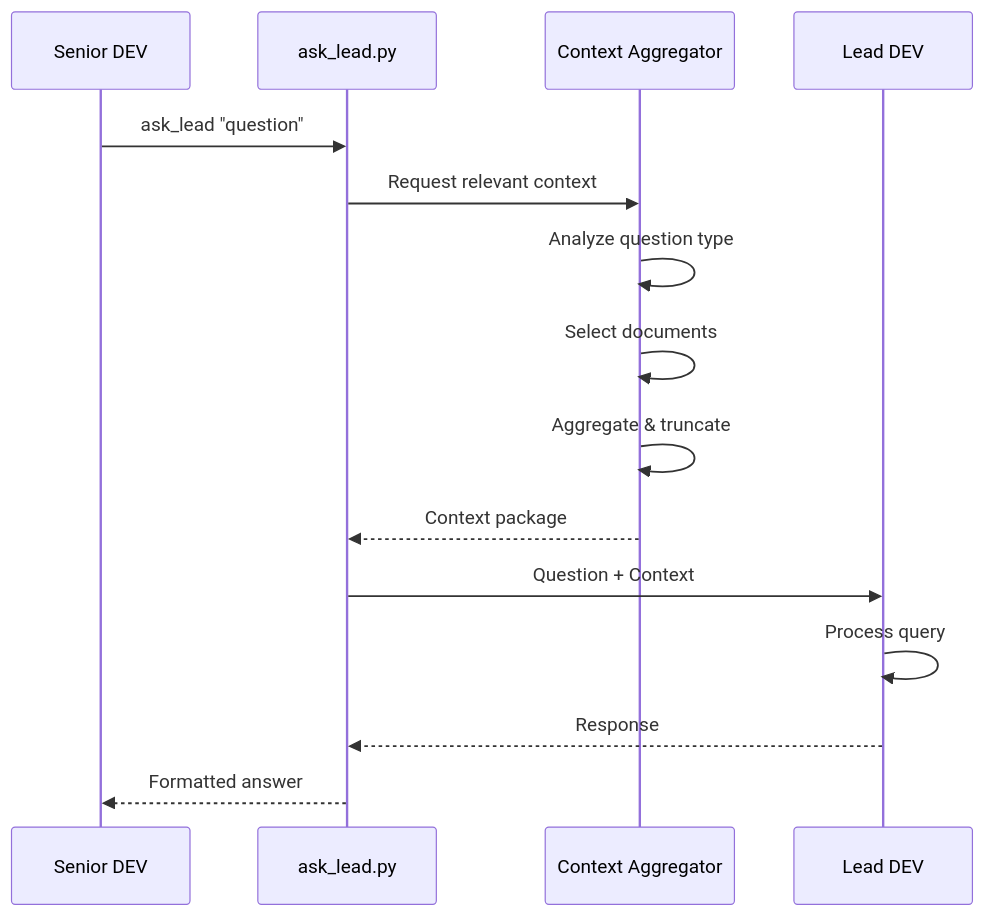
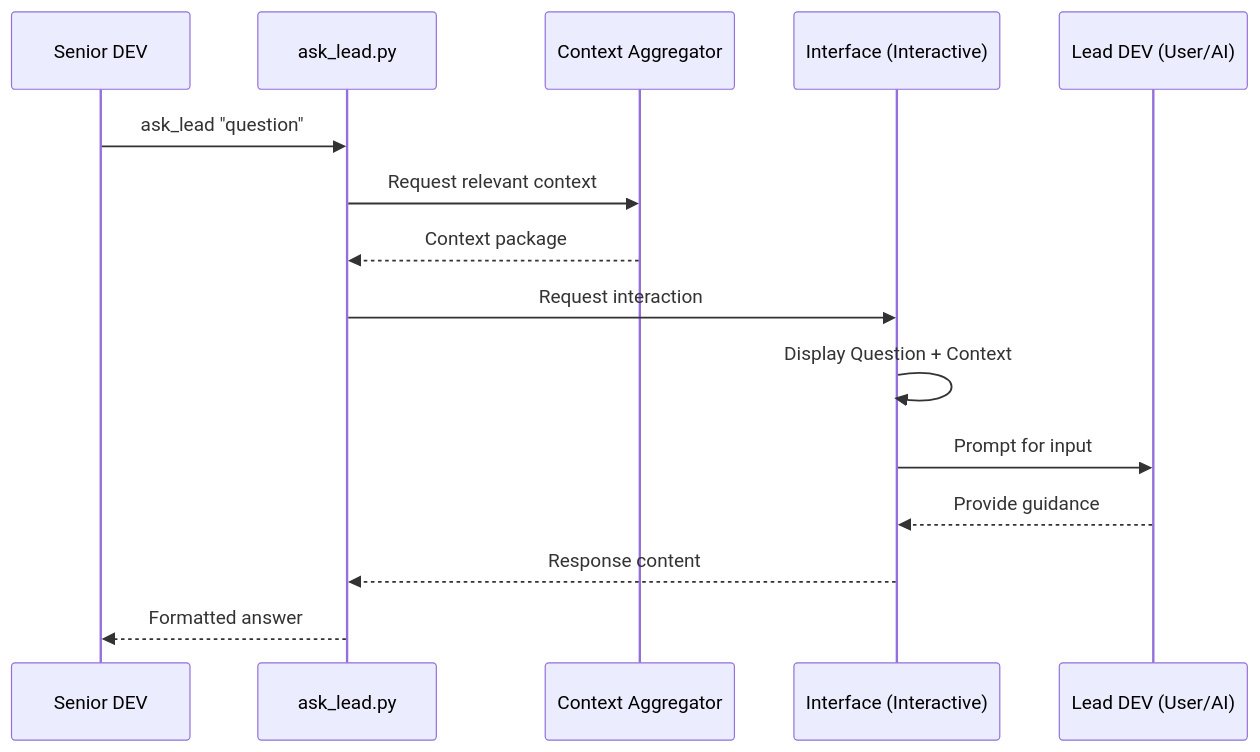
Before and after one commit to kovacsalex95/hhl-mas: the first of 7 diagrams in docs/00_global/ARCHITECTURE.md, drawn with Mermaid. The commit also changed other lines of this file, not shown here.

First line of the commit message:
docs: update architecture with M5 Bridge Layer tools

````diff
--- a/docs/00_global/ARCHITECTURE.md
+++ b/docs/00_global/ARCHITECTURE.md
@@ -198,18 +207,18 @@
 ```mermaid
 sequenceDiagram
     participant S as Senior DEV
     participant A as ask_lead.py
     participant C as Context Aggregator
-    participant L as Lead DEV
+    participant I as Interface (Interactive)
+    participant L as Lead DEV (User/AI)
 
     S->>A: ask_lead "question"
     A->>C: Request relevant context
-    C->>C: Analyze question type
-    C->>C: Select documents
-    C->>C: Aggregate & truncate
     C-->>A: Context package
-    A->>L: Question + Context
-    L->>L: Process query
-    L-->>A: Response
+    A->>I: Request interaction
+    I->>I: Display Question + Context
+    I->>L: Prompt for input
+    L-->>I: Provide guidance
+    I-->>A: Response content
     A-->>S: Formatted answer
 ```
````
